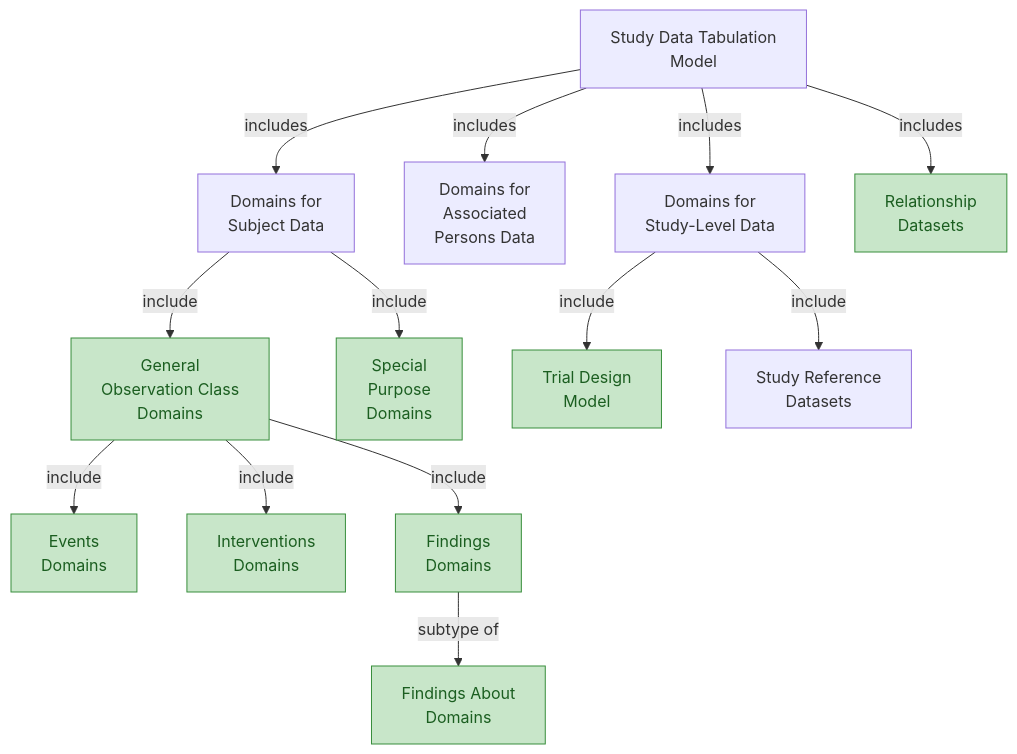
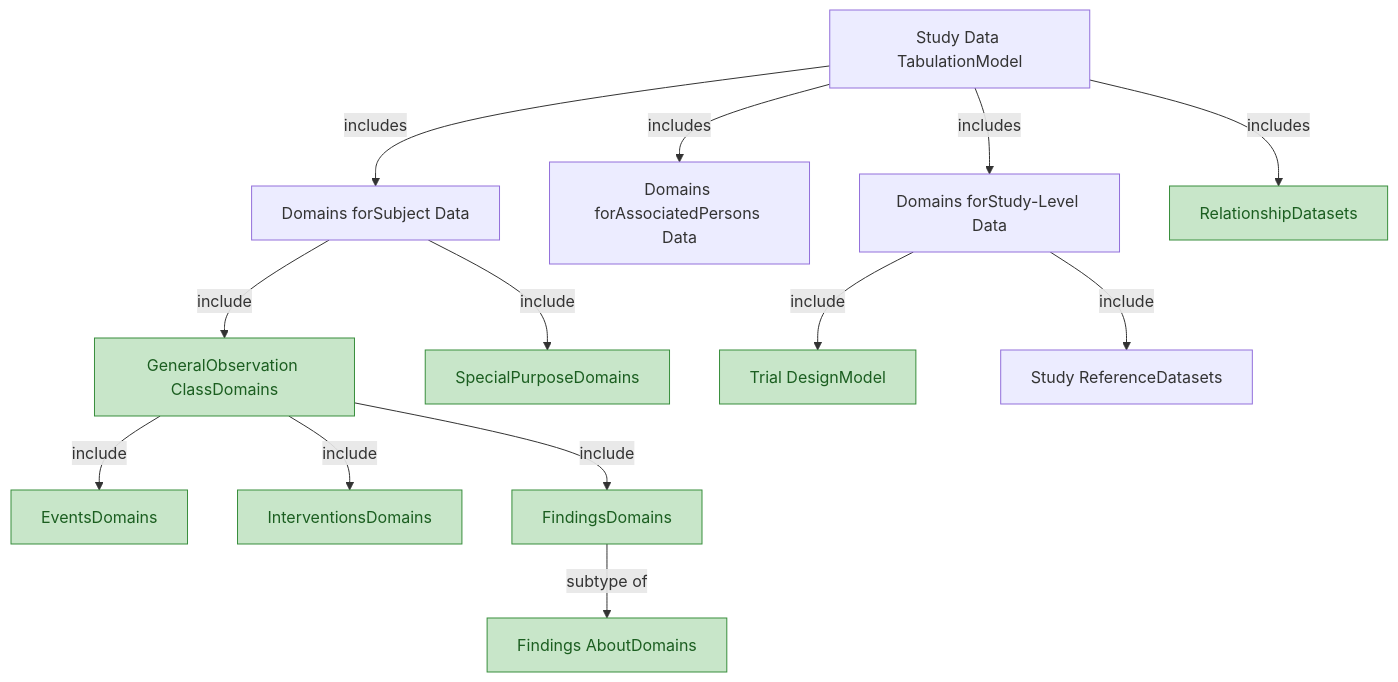
One commit to hakupao/sdtm-pedia changed the diagram in knowledge_base/model/01_concepts_and_terms.md. Above: the diagram before and after it, drawn with Mermaid. The commit also changed 72 other files, not shown here.

````diff
--- a/knowledge_base/model/01_concepts_and_terms.md
+++ b/knowledge_base/model/01_concepts_and_terms.md
@@ -13,27 +13,27 @@
 ```mermaid
 graph TD
     %% Key:
     %% Plain rounded box = Group of individually specified datasets
     %% Filled box (:::extensible) = Extensible set of domains based on a common model
 
-    SDTM["Study Data Tabulation\nModel"]
+    SDTM["Study Data TabulationModel"]
 
-    SDTM -->|includes| SD["Domains for\nSubject Data"]
-    SDTM -->|includes| AP["Domains for\nAssociated\nPersons Data"]
-    SDTM -->|includes| SL["Domains for\nStudy-Level Data"]
-    SDTM -->|includes| RD["Relationship\nDatasets"]:::extensible
+    SDTM -->|includes| SD["Domains forSubject Data"]
+    SDTM -->|includes| AP["Domains forAssociatedPersons Data"]
+    SDTM -->|includes| SL["Domains forStudy-Level Data"]
+    SDTM -->|includes| RD["RelationshipDatasets"]:::extensible
 
-    SD -->|include| GOC["General\nObservation Class\nDomains"]:::extensible
-    SD -->|include| SPD["Special\nPurpose\nDomains"]:::extensible
+    SD -->|include| GOC["GeneralObservation ClassDomains"]:::extensible
+    SD -->|include| SPD["SpecialPurposeDomains"]:::extensible
 
-    GOC -->|include| EV["Events\nDomains"]:::extensible
-    GOC -->|include| IV["Interventions\nDomains"]:::extensible
-    GOC -->|include| FI["Findings\nDomains"]:::extensible
+    GOC -->|include| EV["EventsDomains"]:::extensible
+    GOC -->|include| IV["InterventionsDomains"]:::extensible
+    GOC -->|include| FI["FindingsDomains"]:::extensible
 
-    FI -->|subtype of| FA["Findings About\nDomains"]:::extensible
+    FI -->|subtype of| FA["Findings AboutDomains"]:::extensible
 
-    SL -->|include| TDM["Trial Design\nModel"]:::extensible
-    SL -->|include| SRS["Study Reference\nDatasets"]
+    SL -->|include| TDM["Trial DesignModel"]:::extensible
+    SL -->|include| SRS["Study ReferenceDatasets"]
 
     classDef extensible fill:#c8e6c9,stroke:#388e3c,color:#1b5e20
 ```
````
